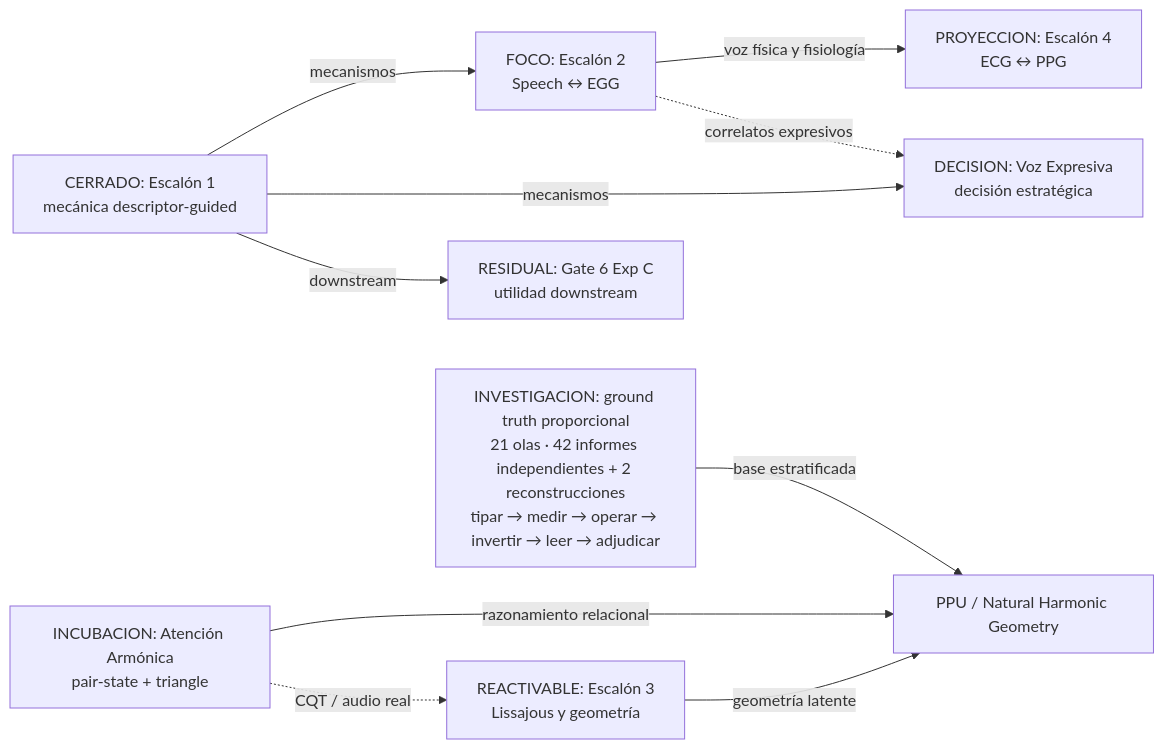
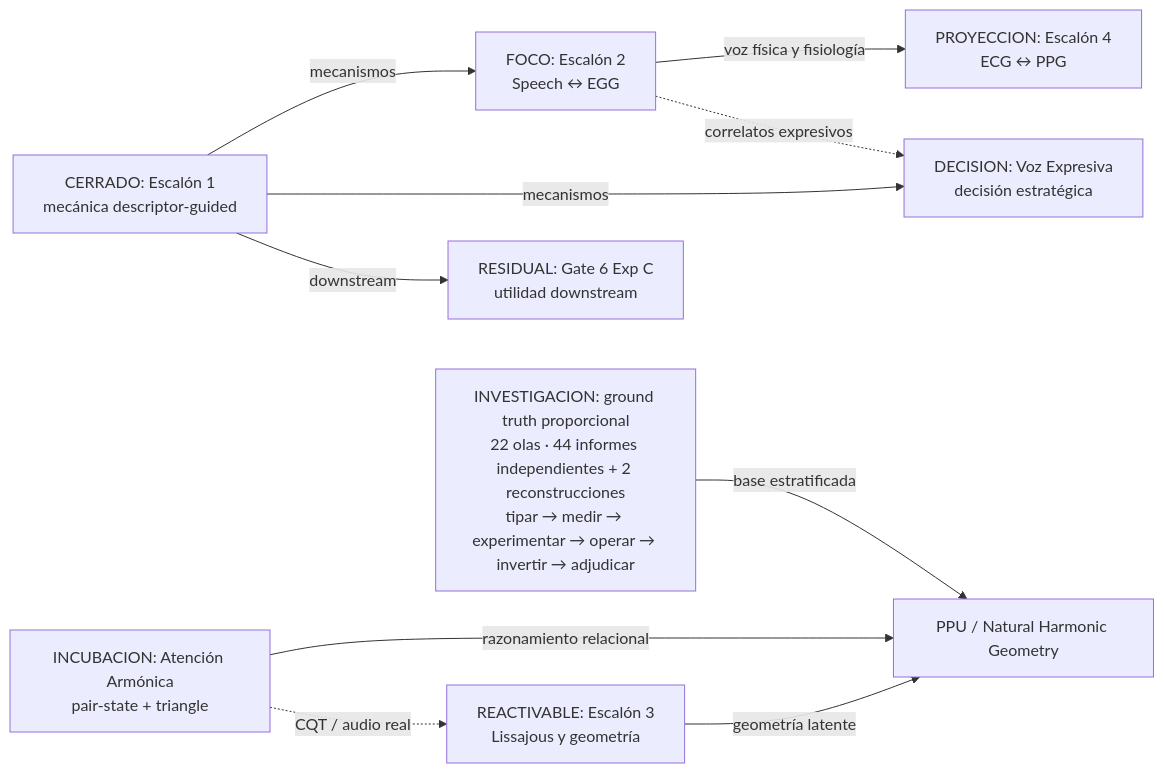
One commit to Mar-IA-no/Phideus changed the first of 2 diagrams in Documents/05_WIKI/MAPA_VISUAL_DEL_PROGRAMA.md. Above: the diagram before and after it, drawn with Mermaid. The commit also changed other lines of this file and 10 other files, not shown here.

Commit message:
docs: integrate proportional ground-truth Wave 22

````diff
--- a/Documents/05_WIKI/MAPA_VISUAL_DEL_PROGRAMA.md
+++ b/Documents/05_WIKI/MAPA_VISUAL_DEL_PROGRAMA.md
@@ -36,22 +36,22 @@
 ```mermaid
 flowchart LR
     E1["CERRADO: Escalón 1<br/>mecánica descriptor-guided"]
     G6["RESIDUAL: Gate 6 Exp C<br/>utilidad downstream"]
     E2["FOCO: Escalón 2<br/>Speech ↔ EGG"]
     VE["DECISION: Voz Expresiva<br/>decisión estratégica"]
     E3["REACTIVABLE: Escalón 3<br/>Lissajous y geometría"]
     AA["INCUBACION: Atención Armónica<br/>pair-state + triangle"]
     E4["PROYECCION: Escalón 4<br/>ECG ↔ PPG"]
     PPU["PPU / Natural Harmonic Geometry"]
-    GT["INVESTIGACION: ground truth proporcional<br/>21 olas · 42 informes independientes + 2 reconstrucciones<br/>tipar → medir → operar → invertir → leer → adjudicar"]
+    GT["INVESTIGACION: ground truth proporcional<br/>22 olas · 44 informes independientes + 2 reconstrucciones<br/>tipar → medir → experimentar → operar → invertir → adjudicar"]
 
     E1 -->|mecanismos| E2
     E1 -->|mecanismos| VE
     E1 -->|downstream| G6
     E2 -->|voz física y fisiología| E4
     E2 -.->|correlatos expresivos| VE
     E3 -->|geometría latente| PPU
     AA -->|razonamiento relacional| PPU
     GT -->|base estratificada| PPU
     AA -.->|CQT / audio real| E3
 ```
````
